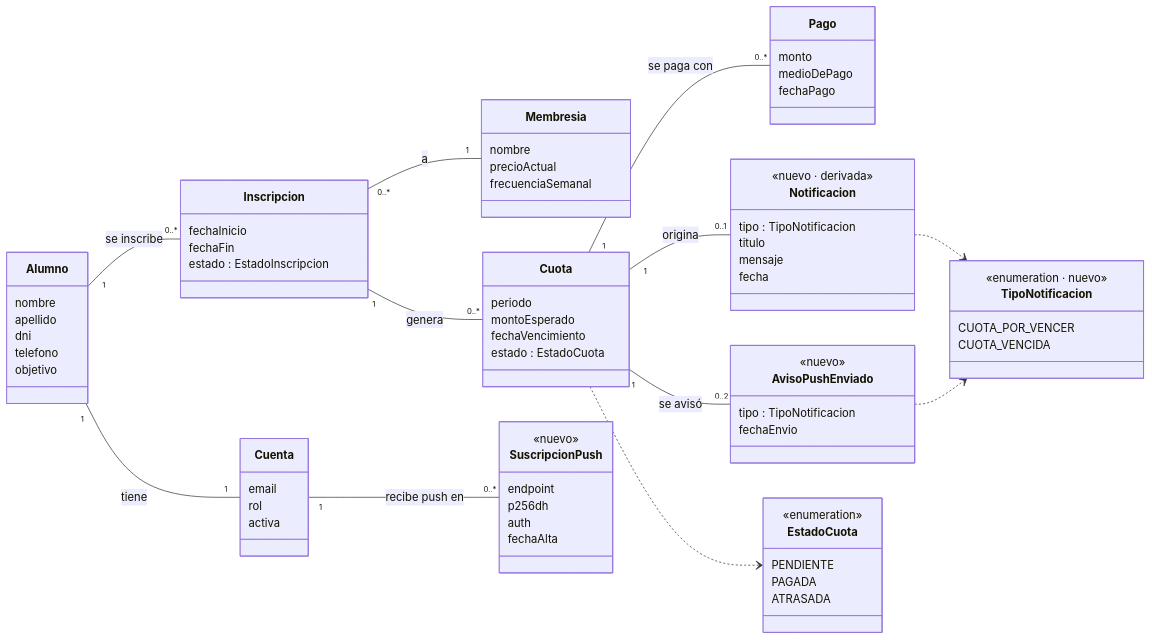
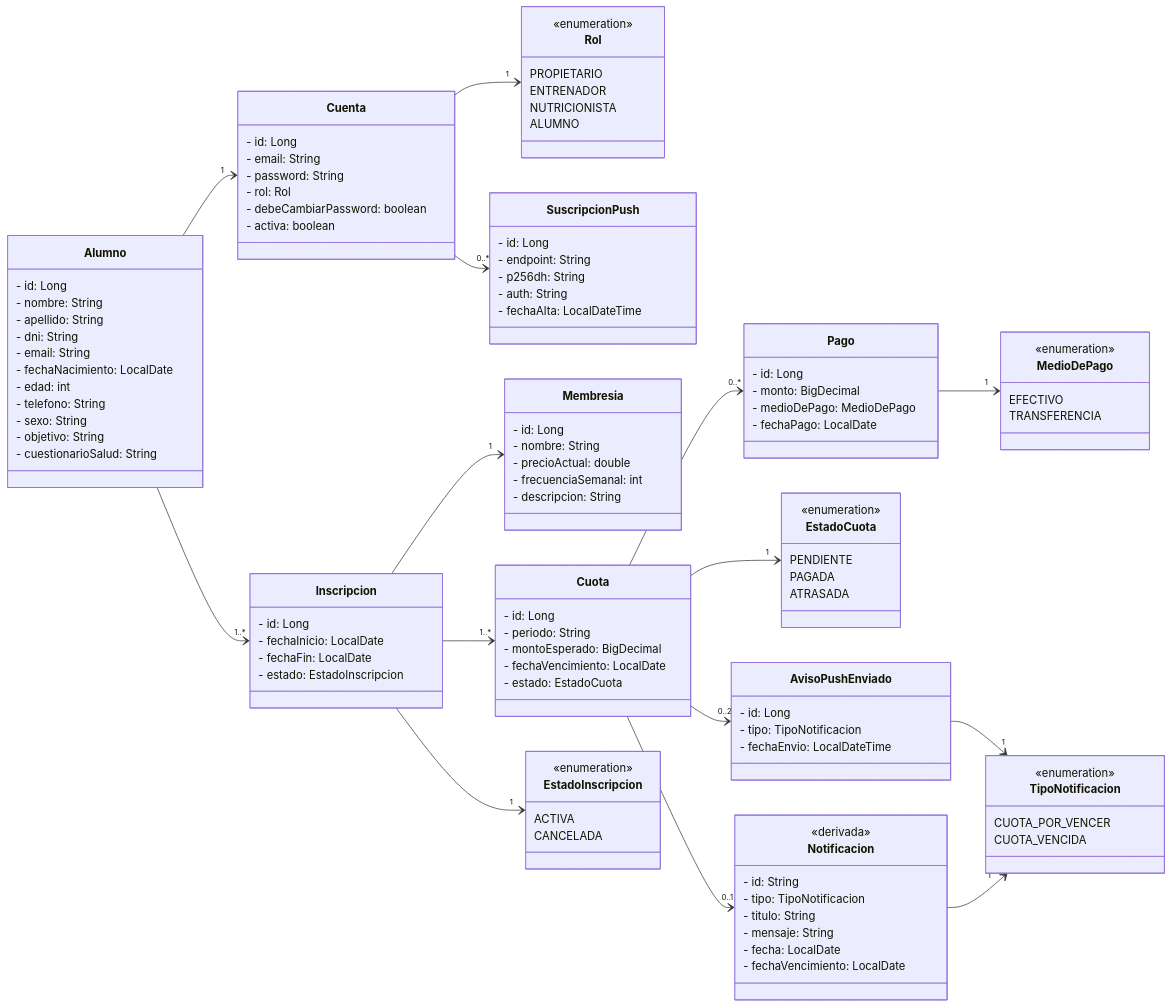
Before and after one commit to ffacuperez/mogni-sport: the first of 2 diagrams in documentacion/HU-250-Notificaciones-MOD-DER.md, drawn with Mermaid. The commit also changed other lines of this file and 1 other file, not shown here.

Commit message:
docs: MOD de la HU-250 con el formato del MOD general
Atributos tipados con id, enums como clases (Rol, EstadoInscripcion,
EstadoCuota, MedioDePago, TipoNotificacion) y multiplicidad en el destino,
igual que el modelo de dominio del proyecto.

````diff
--- a/documentacion/HU-250-Notificaciones-MOD-DER.md
+++ b/documentacion/HU-250-Notificaciones-MOD-DER.md
@@ -21,81 +25,117 @@
     direction LR
 
     class Cuenta {
-        email
-        rol
-        activa
+        - id: Long
+        - email: String
+        - password: String
+        - rol: Rol
+        - debeCambiarPassword: boolean
+        - activa: boolean
     }
     class Alumno {
-        nombre
-        apellido
-        dni
-        telefono
-        objetivo
+        - id: Long
+        - nombre: String
+        - apellido: String
+        - dni: String
+        - email: String
+        - fechaNacimiento: LocalDate
+        - edad: int
+        - telefono: String
+        - sexo: String
+        - objetivo: String
+        - cuestionarioSalud: String
     }
     class Inscripcion {
-        fechaInicio
-        fechaFin
-        estado : EstadoInscripcion
+        - id: Long
+        - fechaInicio: LocalDate
+        - fechaFin: LocalDate
+        - estado: EstadoInscripcion
     }
     class Membresia {
-        nombre
-        precioActual
-        frecuenciaSemanal
+        - id: Long
+        - nombre: String
+        - precioActual: double
+        - frecuenciaSemanal: int
+        - descripcion: String
     }
     class Cuota {
-        periodo
-        montoEsperado
-        fechaVencimiento
-        estado : EstadoCuota
+        - id: Long
+        - periodo: String
+        - montoEsperado: BigDecimal
+        - fechaVencimiento: LocalDate
+        - estado: EstadoCuota
     }
     class Pago {
-        monto
-        medioDePago
-        fechaPago
+        - id: Long
+        - monto: BigDecimal
+        - medioDePago: MedioDePago
+        - fechaPago: LocalDate
     }
 
-    class Notificacion {
-        <<nuevo · derivada>>
-        tipo : TipoNotificacion
-        titulo
-        mensaje
-        fecha
-    }
     class SuscripcionPush {
-        <<nuevo>>
-        endpoint
-        p256dh
-        auth
-        fechaAlta
+        - id: Long
+        - endpoint: String
+        - p256dh: String
+        - auth: String
+        - fechaAlta: LocalDateTime
     }
     class AvisoPushEnviado {
-        <<nuevo>>
-        tipo : TipoNotificacion
-        fechaEnvio
+        - id: Long
+        - tipo: TipoNotificacion
+        - fechaEnvio: LocalDateTime
+    }
+    class Notificacion {
+        <<derivada>>
+        - id: String
+        - tipo: TipoNotificacion
+        - titulo: String
+        - mensaje: String
+        - fecha: LocalDate
+        - fechaVencimiento: LocalDate
     }
 
+    class Rol {
+        <<enumeration>>
+        PROPIETARIO
+        ENTRENADOR
+        NUTRICIONISTA
+        ALUMNO
+    }
+    class EstadoInscripcion {
+        <<enumeration>>
+        ACTIVA
+        CANCELADA
+    }
     class EstadoCuota {
         <<enumeration>>
         PENDIENTE
         PAGADA
         ATRASADA
     }
+    class MedioDePago {
+        <<enumeration>>
+        EFECTIVO
+        TRANSFERENCIA
+    }
     class TipoNotificacion {
-        <<enumeration · nuevo>>
+        <<enumeration>>
         CUOTA_POR_VENCER
         CUOTA_VENCIDA
     }
 
-    Alumno "1" -- "1" Cuenta : tiene
-    Alumno "1" -- "0..*" Inscripcion : se inscribe
-    Inscripcion "0..*" -- "1" Membresia : a
-    Inscripcion "1" -- "0..*" Cuota : genera
-    Cuota "1" -- "0..*" Pago : se paga con
+    Alumno --> "1" Cuenta
+    Alumno --> "1..*" Inscripcion
+    Inscripcion --> "1" Membresia
+    Inscripcion --> "1..*" Cuota
+    Cuota --> "0..*" Pago
+    Cuenta --> "1" Rol
+    Inscripcion --> "1" EstadoInscripcion
+    Cuota --> "1" EstadoCuota
+    Pago --> "1" MedioDePago
 
-    Cuota "1" -- "0..1" Notificacion : origina
-    Cuenta "1" -- "0..*" SuscripcionPush : recibe push en
-    Cuota "1" -- "0..2" AvisoPushEnviado : se avisó
-    Notificacion ..> TipoNotificacion
-    AvisoPushEnviado ..> TipoNotificacion
-    Cuota ..> EstadoCuota
+    Cuenta --> "0..*" SuscripcionPush
+    Cuota --> "0..2" AvisoPushEnviado
+    Cuota --> "0..1" Notificacion
+    AvisoPushEnviado --> "1" TipoNotificacion
+    Notificacion --> "1" TipoNotificacion
 ```
````
